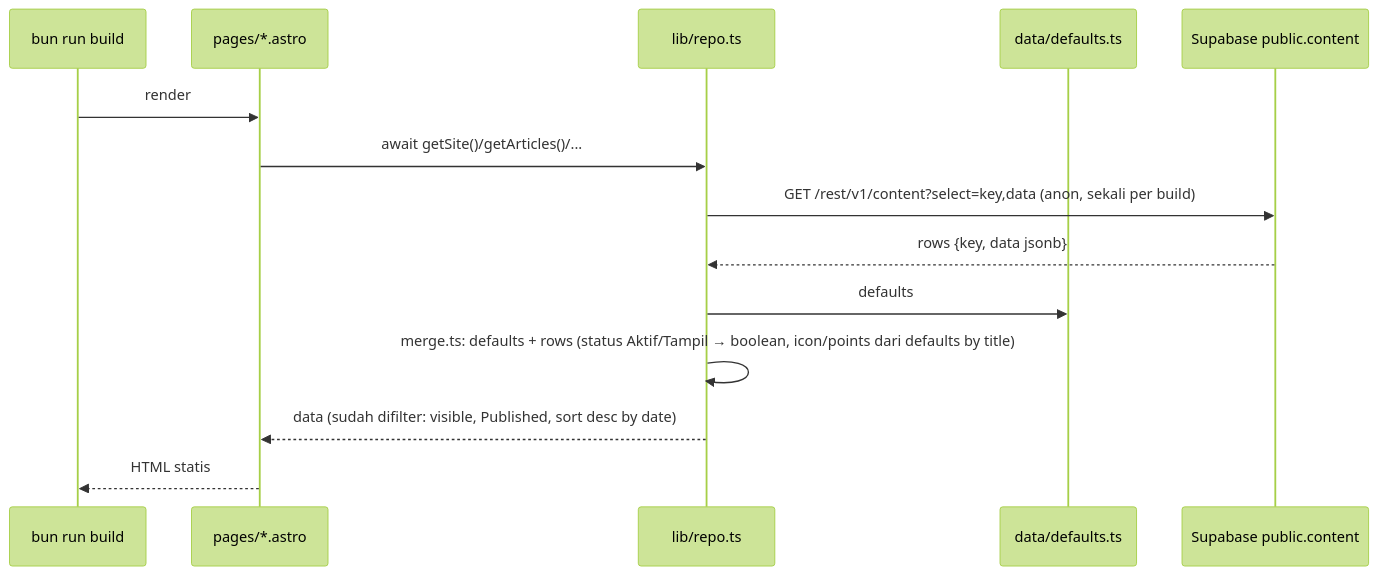
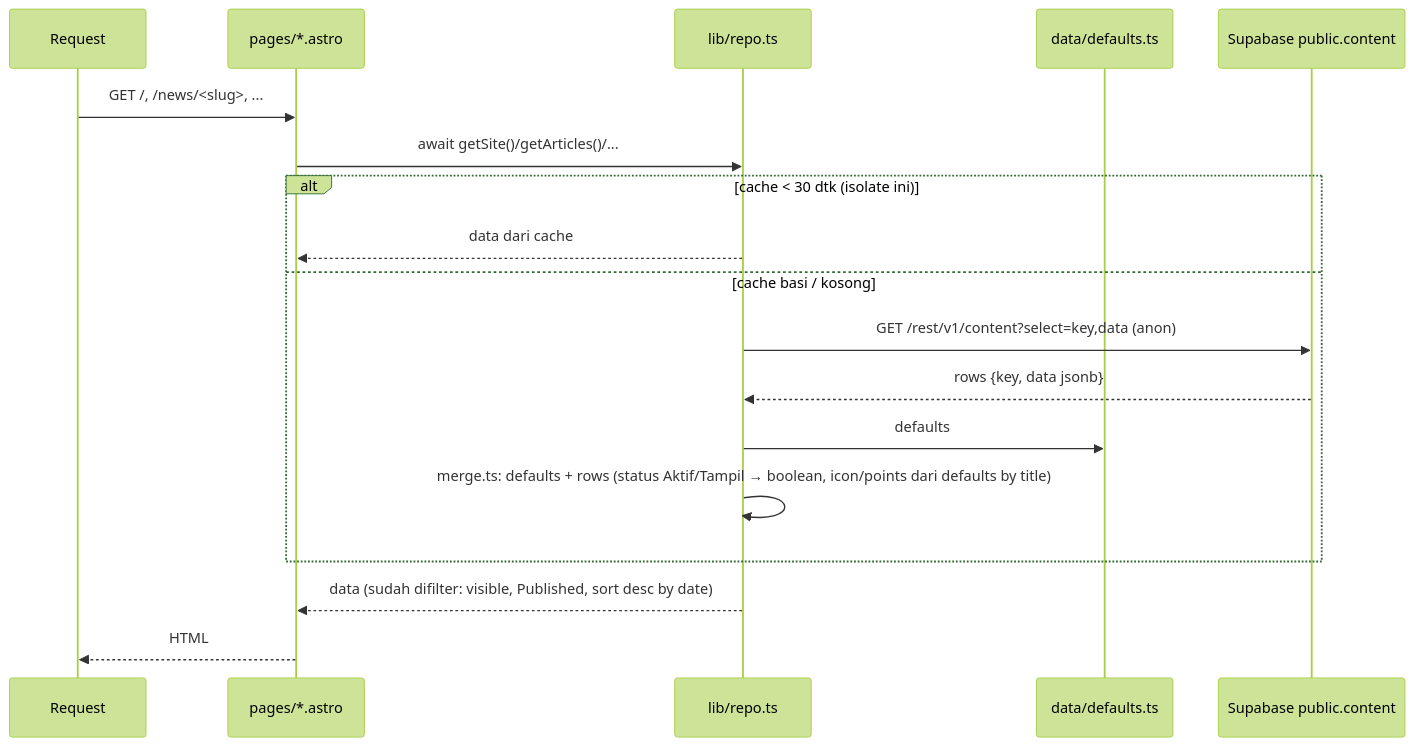
The second of 3 diagrams in README.md (web-alf/jagatrip-cms), drawn with Mermaid (forest theme) before and after one commit. The commit also changed other lines of this file and 14 other files, not shown here.

````diff
--- a/README.md
+++ b/README.md
@@ -148,16 +154,20 @@
 ```mermaid
 sequenceDiagram
-  participant B as bun run build
+  participant U as Request
   participant P as pages/*.astro
   participant R as lib/repo.ts
   participant D as data/defaults.ts
   participant S as Supabase public.content
-  B->>P: render
+  U->>P: GET /, /news/<slug>, ...
   P->>R: await getSite()/getArticles()/...
-  R->>S: GET /rest/v1/content?select=key,data (anon, sekali per build)
-  S-->>R: rows {key, data jsonb}
-  R->>D: defaults
-  R->>R: merge.ts: defaults + rows (status Aktif/Tampil → boolean, icon/points dari defaults by title)
+  alt cache < 30 dtk (isolate ini)
+    R-->>P: data dari cache
+  else cache basi / kosong
+    R->>S: GET /rest/v1/content?select=key,data (anon)
+    S-->>R: rows {key, data jsonb}
+    R->>D: defaults
+    R->>R: merge.ts: defaults + rows (status Aktif/Tampil → boolean, icon/points dari defaults by title)
+  end
   R-->>P: data (sudah difilter: visible, Published, sort desc by date)
-  P-->>B: HTML statis
+  P-->>U: HTML
 ```
````
